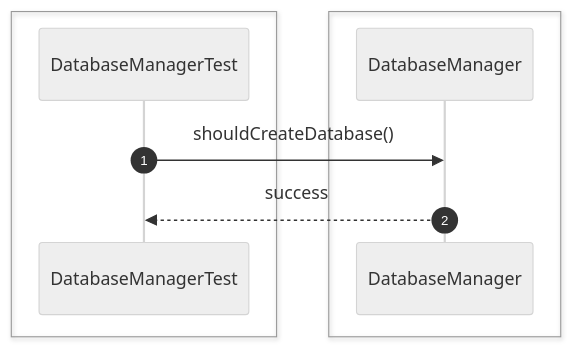
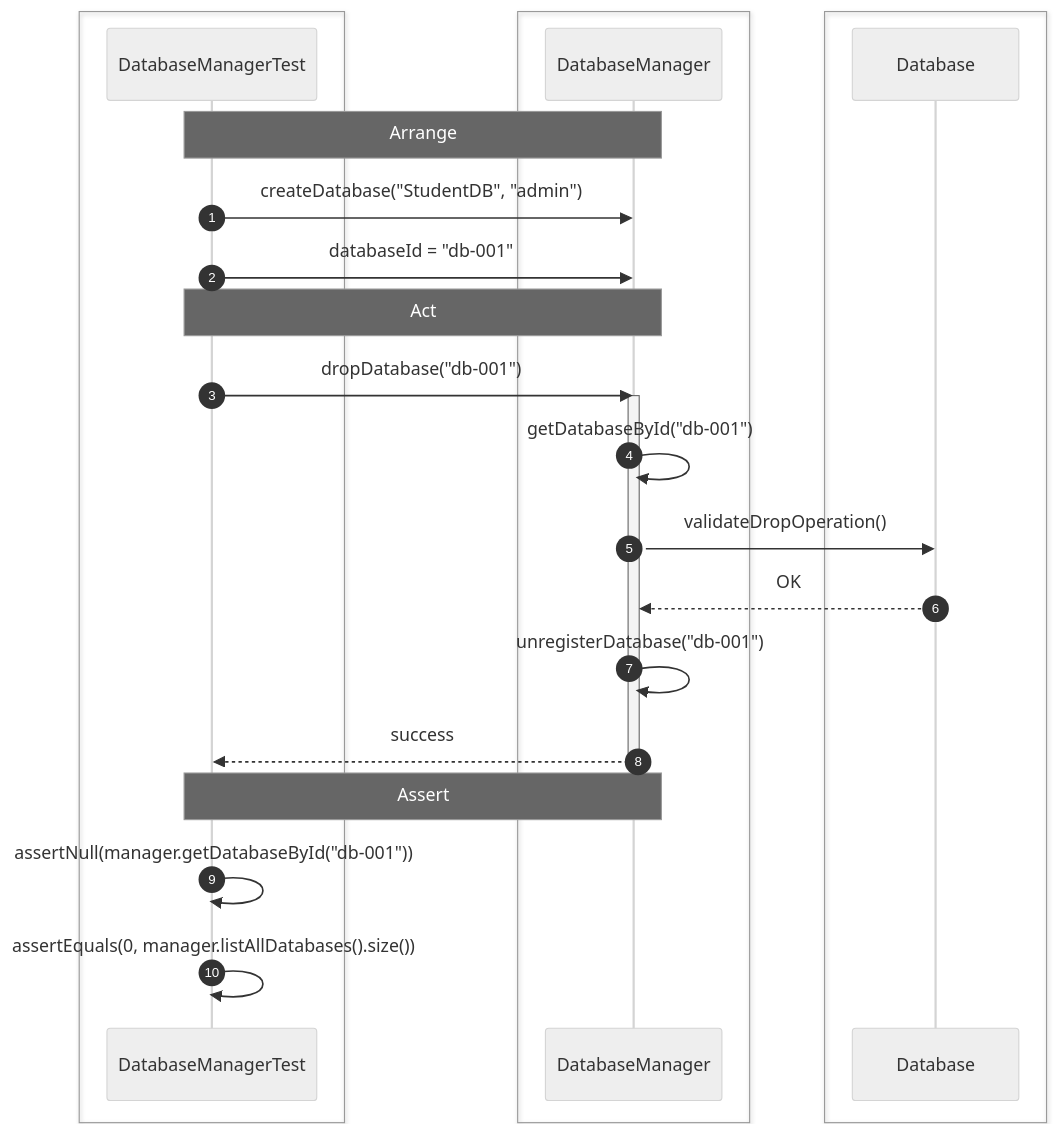
The tenth of 46 diagrams in docs/sequence/db-server.md (Huy1801214/dbms-architecture), drawn with Mermaid (neutral theme) before and after one commit. The commit also changed other lines of this file and 7 other files, not shown here.

Commit message:
Done Unit test for database manager

````diff
--- a/docs/sequence/db-server.md
+++ b/docs/sequence/db-server.md
@@ -128,13 +173,40 @@
 ```mermaid
 sequenceDiagram
     autonumber
+
     box #e1f5fe Test Suite
     participant Test as DatabaseManagerTest
     end
+
     box #e3f2fd DatabaseManager Component
     participant DM as DatabaseManager
     end
 
-    Test->>DM: shouldCreateDatabase()
+    box #e8f5e9 Domain Object
+    participant DB as Database
+    end
+
+    Note over Test,DM: Arrange
+    Test->>DM: createDatabase("StudentDB", "admin")
+    Test->>DM: databaseId = "db-001"
+
+    Note over Test,DM: Act
+    Test->>DM: dropDatabase("db-001")
+
+    activate DM
+
+    DM->>DM: getDatabaseById("db-001")
+    DM->>DB: validateDropOperation()
+
+    DB-->>DM: OK
+
+    DM->>DM: unregisterDatabase("db-001")
+
     DM-->>Test: success
+
+    deactivate DM
+
+    Note over Test,DM: Assert
+    Test->>Test: assertNull(manager.getDatabaseById("db-001"))
+    Test->>Test: assertEquals(0, manager.listAllDatabases().size())
 ```
````
